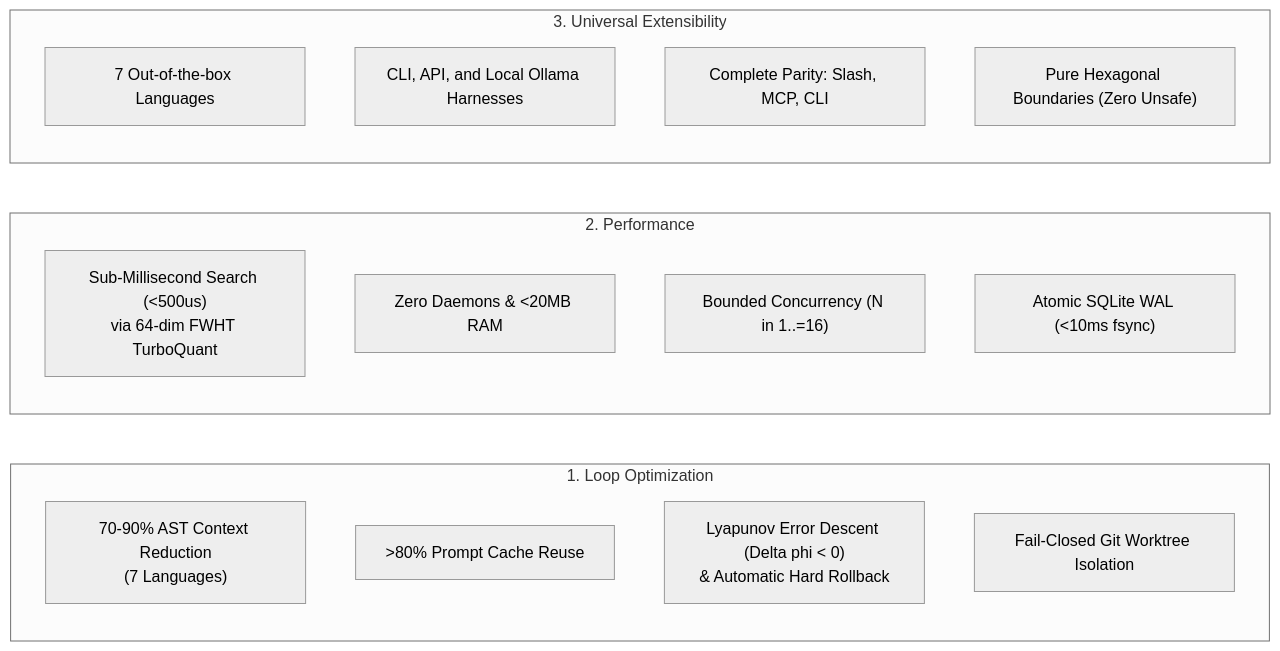
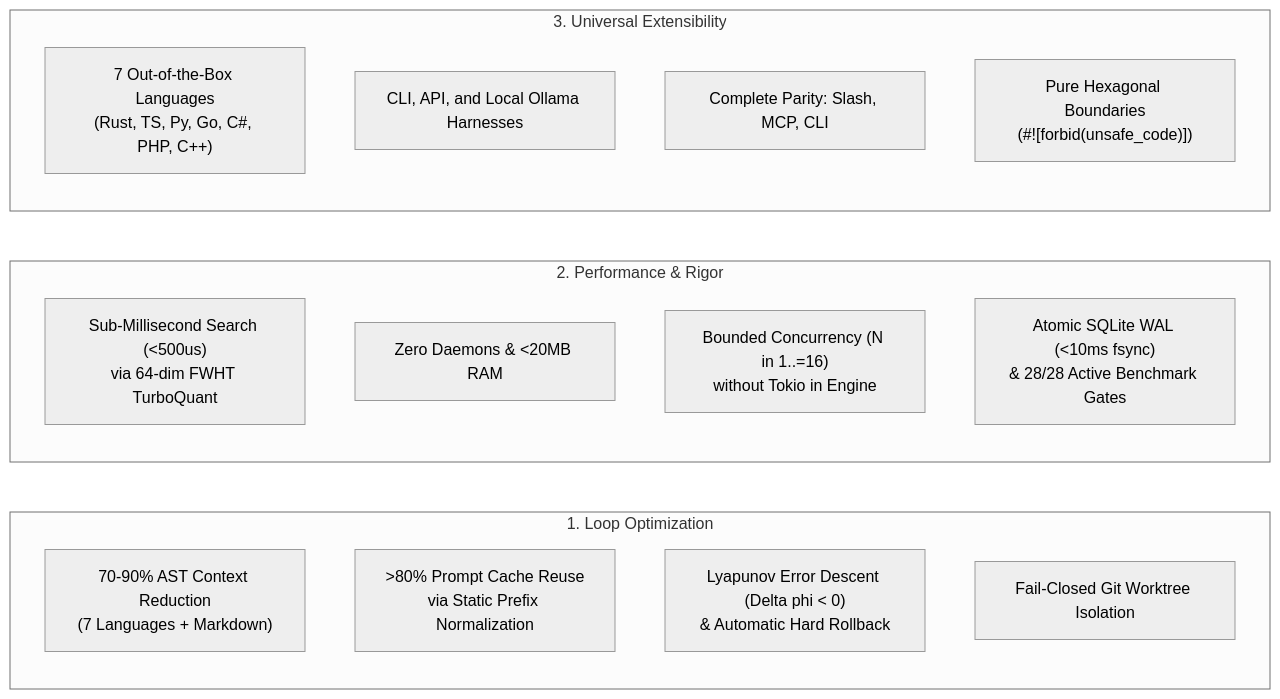
One commit to smota/meshloop changed the diagram in docs/README.md. Above: the diagram before and after it, drawn with Mermaid (neutral theme). The commit also changed other lines of this file and 4 other files, not shown here.

Commit message:
docs: establish architectural knowledge base, sparring history, and navigation compass

````diff
--- a/docs/README.md
+++ b/docs/README.md
@@ -10,23 +41,23 @@
 ```mermaid
 flowchart LR
   subgraph V1 ["1. Loop Optimization"]
-    O1["70-90% AST Context Reduction\n(7 Languages)"]
-    O2[">80% Prompt Cache Reuse"]
+    O1["70-90% AST Context Reduction\n(7 Languages + Markdown)"]
+    O2[">80% Prompt Cache Reuse\nvia Static Prefix Normalization"]
     O3["Lyapunov Error Descent (Delta phi < 0)\n& Automatic Hard Rollback"]
     O4["Fail-Closed Git Worktree Isolation"]
   end
 
-  subgraph V2 ["2. Performance"]
+  subgraph V2 ["2. Performance & Rigor"]
     P1["Sub-Millisecond Search (<500us)\nvia 64-dim FWHT TurboQuant"]
     P2["Zero Daemons & <20MB RAM"]
-    P3["Bounded Concurrency (N in 1..=16)"]
-    P4["Atomic SQLite WAL (<10ms fsync)"]
+    P3["Bounded Concurrency (N in 1..=16)\nwithout Tokio in Engine"]
+    P4["Atomic SQLite WAL (<10ms fsync)\n& 28/28 Active Benchmark Gates"]
   end
 
   subgraph V3 ["3. Universal Extensibility"]
-    E1["7 Out-of-the-box Languages"]
+    E1["7 Out-of-the-Box Languages\n(Rust, TS, Py, Go, C#, PHP, C++)"]
     E2["CLI, API, and Local Ollama Harnesses"]
     E3["Complete Parity: Slash, MCP, CLI"]
-    E4["Pure Hexagonal Boundaries (Zero Unsafe)"]
+    E4["Pure Hexagonal Boundaries\n(#![forbid(unsafe_code)])"]
   end
 ```
````
